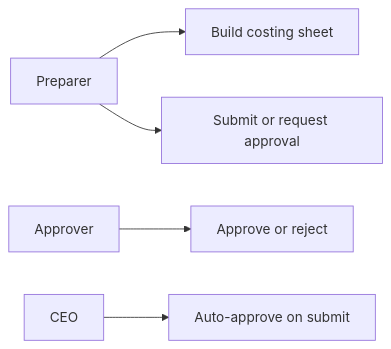
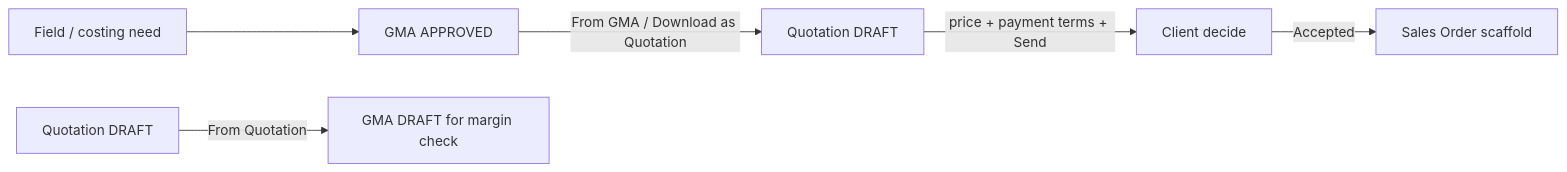
The first of 4 diagrams in v0_final_docs/gma-management.md (Aurifex-Innovations/ERP_docs), drawn with Mermaid before and after one commit. The commit also changed other lines of this file, not shown here.

````diff
--- a/v0_final_docs/gma-management.md
+++ b/v0_final_docs/gma-management.md
@@ -44,7 +39,8 @@
 ```mermaid
 flowchart LR
-  preparer["Preparer"] --> buildSheet["Build costing sheet"]
-  preparer --> submitOrAsk["Submit or request approval"]
-  approver["Approver"] --> decide["Approve or reject"]
-  ceo["CEO"] --> autoApprove["Auto-approve on submit"]
+  survey["Field / costing need"] --> gma["GMA APPROVED"]
+  gma -->|"From GMA / Download as Quotation"| quote["Quotation DRAFT"]
+  quote -->|"price + payment terms + Send"| client["Client decide"]
+  quoteDraft["Quotation DRAFT"] -->|"From Quotation"| gmaDraft["GMA DRAFT for margin check"]
+  client -->|Accepted| so["Sales Order scaffold"]
 ```
````
